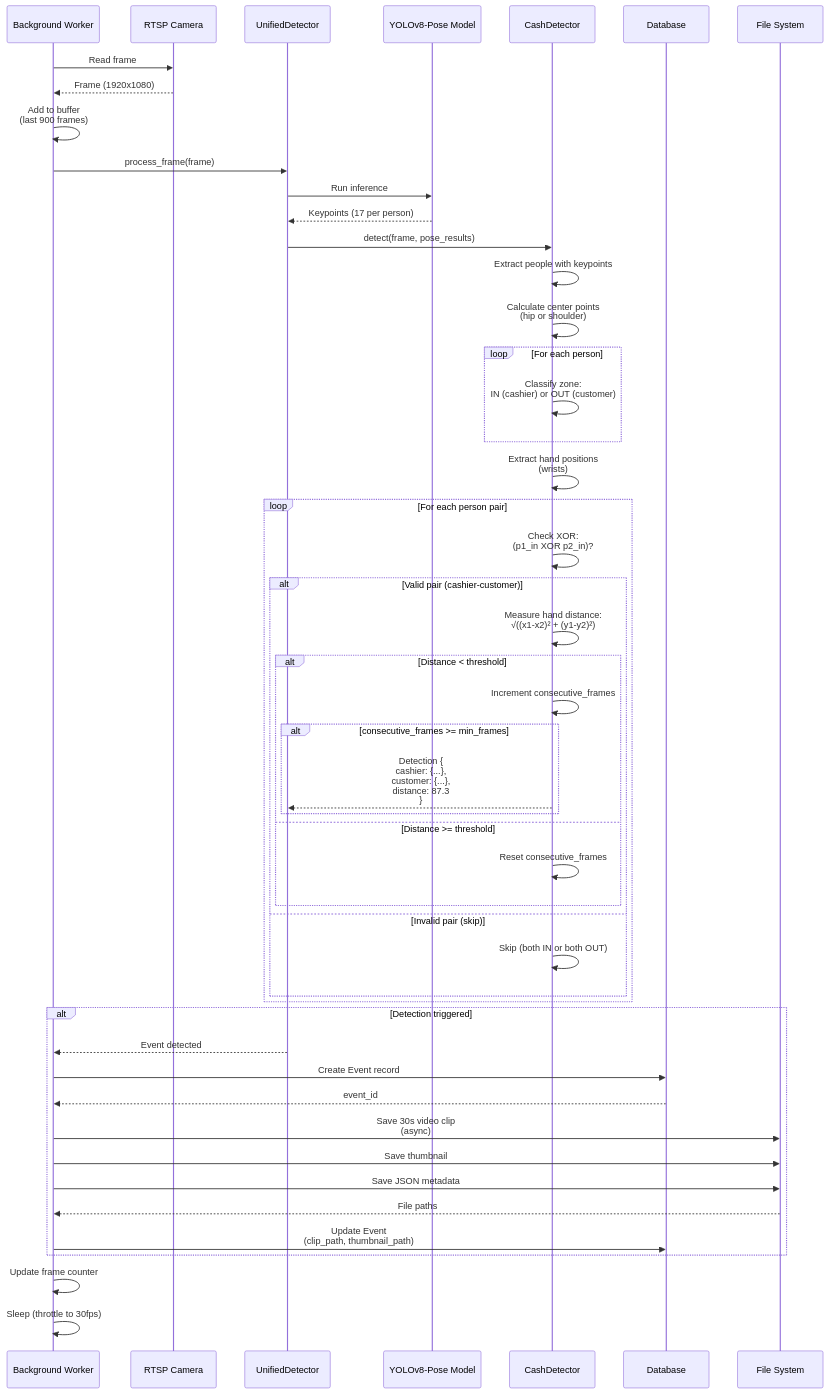
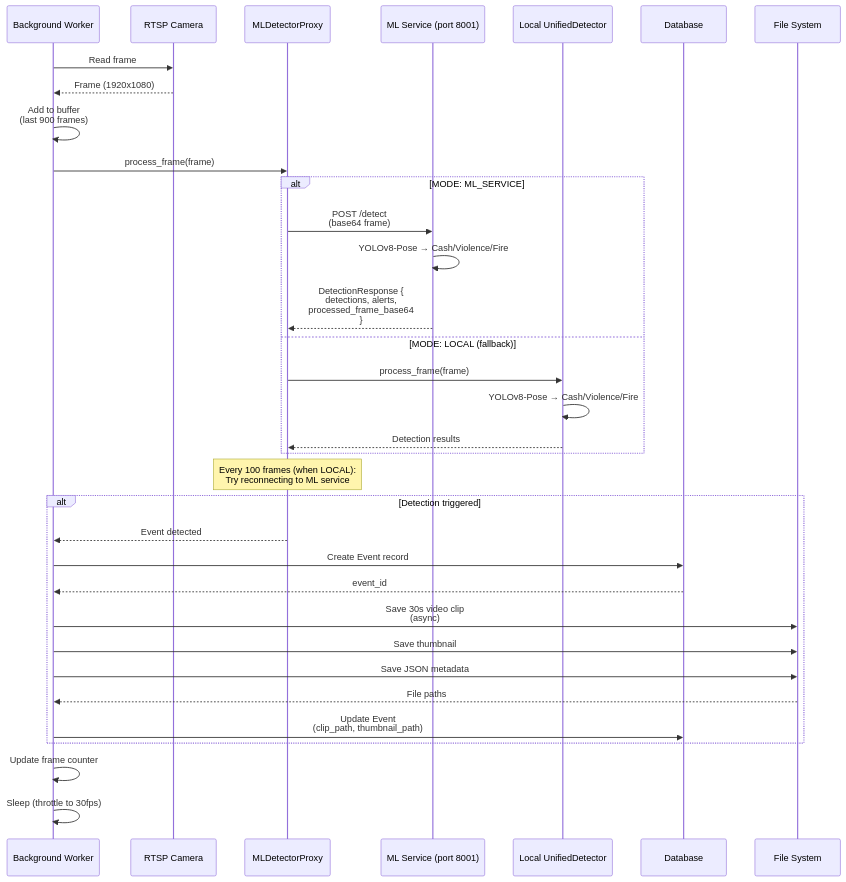
One commit to Loop-Dimension/Hotel-Cash-Detector changed the first of 8 diagrams in docs/07-flows.md. Above: the diagram before and after it, drawn with Mermaid. The commit also changed 7 other files, not shown here.

````diff
--- a/docs/07-flows.md
+++ b/docs/07-flows.md
@@ -20,69 +22,47 @@
 ```mermaid
 sequenceDiagram
     participant Worker as Background Worker
     participant RTSP as RTSP Camera
-    participant Detector as UnifiedDetector
-    participant Pose as YOLOv8-Pose Model
-    participant Cash as CashDetector
+    participant Proxy as MLDetectorProxy
+    participant ML as ML Service (port 8001)
+    participant Local as Local UnifiedDetector
     participant DB as Database
     participant FS as File System
 
     Worker->>RTSP: Read frame
     RTSP-->>Worker: Frame (1920x1080)
 
     Worker->>Worker: Add to buffer<br/>(last 900 frames)
 
-    Worker->>Detector: process_frame(frame)
+    Worker->>Proxy: process_frame(frame)
 
-    Detector->>Pose: Run inference
-    Pose-->>Detector: Keypoints (17 per person)
-
-    Detector->>Cash: detect(frame, pose_results)
-
-    Cash->>Cash: Extract people with keypoints
-    Cash->>Cash: Calculate center points<br/>(hip or shoulder)
-
-    loop For each person
-        Cash->>Cash: Classify zone:<br/>IN (cashier) or OUT (customer)
+    alt MODE: ML_SERVICE
+        Proxy->>ML: POST /detect<br/>(base64 frame)
+        ML->>ML: YOLOv8-Pose → Cash/Violence/Fire
+        ML-->>Proxy: DetectionResponse {<br/>  detections, alerts,<br/>  processed_frame_base64<br/>}
+    else MODE: LOCAL (fallback)
+        Proxy->>Local: process_frame(frame)
+        Local->>Local: YOLOv8-Pose → Cash/Violence/Fire
+        Local-->>Proxy: Detection results
     end
 
-    Cash->>Cash: Extract hand positions<br/>(wrists)
-
-    loop For each person pair
-        Cash->>Cash: Check XOR:<br/>(p1_in XOR p2_in)?
-
-        alt Valid pair (cashier-customer)
-            Cash->>Cash: Measure hand distance:<br/>√((x1-x2)² + (y1-y2)²)
-
-            alt Distance < threshold
-                Cash->>Cash: Increment consecutive_frames
-
-                alt consecutive_frames >= min_frames
-                    Cash-->>Detector: Detection {<br/>  cashier: {...},<br/>  customer: {...},<br/>  distance: 87.3<br/>}
-                end
-            else Distance >= threshold
-                Cash->>Cash: Reset consecutive_frames
-            end
-        else Invalid pair (skip)
-            Cash->>Cash: Skip (both IN or both OUT)
-        end
-    end
+    Note over Proxy: Every 100 frames (when LOCAL):<br/>Try reconnecting to ML service
 
     alt Detection triggered
-        Detector-->>Worker: Event detected
+        Proxy-->>Worker: Event detected
 
         Worker->>DB: Create Event record
         DB-->>Worker: event_id
 
         Worker->>FS: Save 30s video clip<br/>(async)
         Worker->>FS: Save thumbnail
         Worker->>FS: Save JSON metadata
 
         FS-->>Worker: File paths
 
         Worker->>DB: Update Event<br/>(clip_path, thumbnail_path)
     end
 
     Worker->>Worker: Update frame counter
     Worker->>Worker: Sleep (throttle to 30fps)
 ```
````
